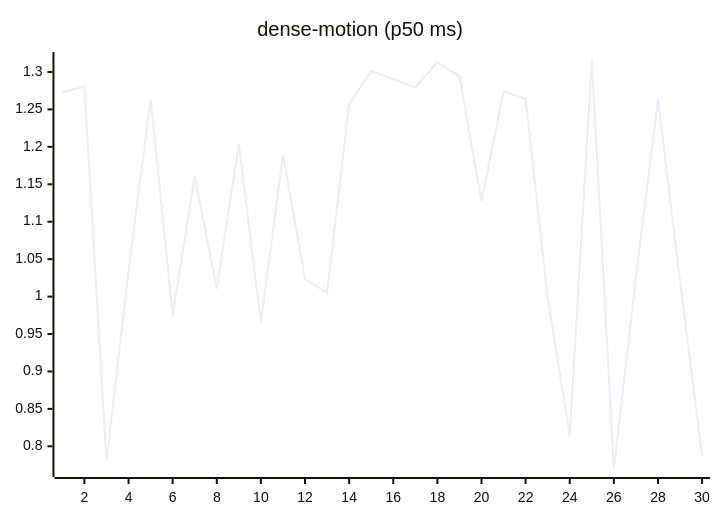
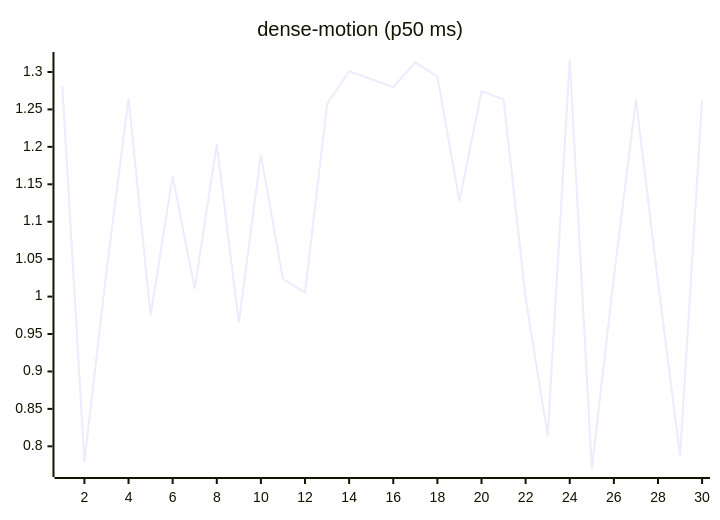
Before and after one commit to josha/Facet: the ninth of 27 diagrams in README.md, drawn with Mermaid. The commit also changed other lines of this file and 2 other files, not shown here.

````diff
--- a/README.md
+++ b/README.md
@@ -119,6 +119,6 @@
 ```mermaid
 xychart-beta
     title "dense-motion (p50 ms)"
     x-axis 1 --> 30
-    line [1.2730, 1.2805, 0.7796, 1.0341, 1.2646, 0.9749, 1.1610, 1.0105, 1.2037, 0.9653, 1.1895, 1.0233, 1.0054, 1.2572, 1.3012, 1.2904, 1.2798, 1.3128, 1.2940, 1.1276, 1.2742, 1.2636, 0.9981, 0.8144, 1.3160, 0.7697, 1.0258, 1.2636, 1.0200, 0.7874]
+    line [1.2805, 0.7796, 1.0341, 1.2646, 0.9749, 1.1610, 1.0105, 1.2037, 0.9653, 1.1895, 1.0233, 1.0054, 1.2572, 1.3012, 1.2904, 1.2798, 1.3128, 1.2940, 1.1276, 1.2742, 1.2636, 0.9981, 0.8144, 1.3160, 0.7697, 1.0258, 1.2636, 1.0200, 0.7874, 1.2619]
 ```
````
